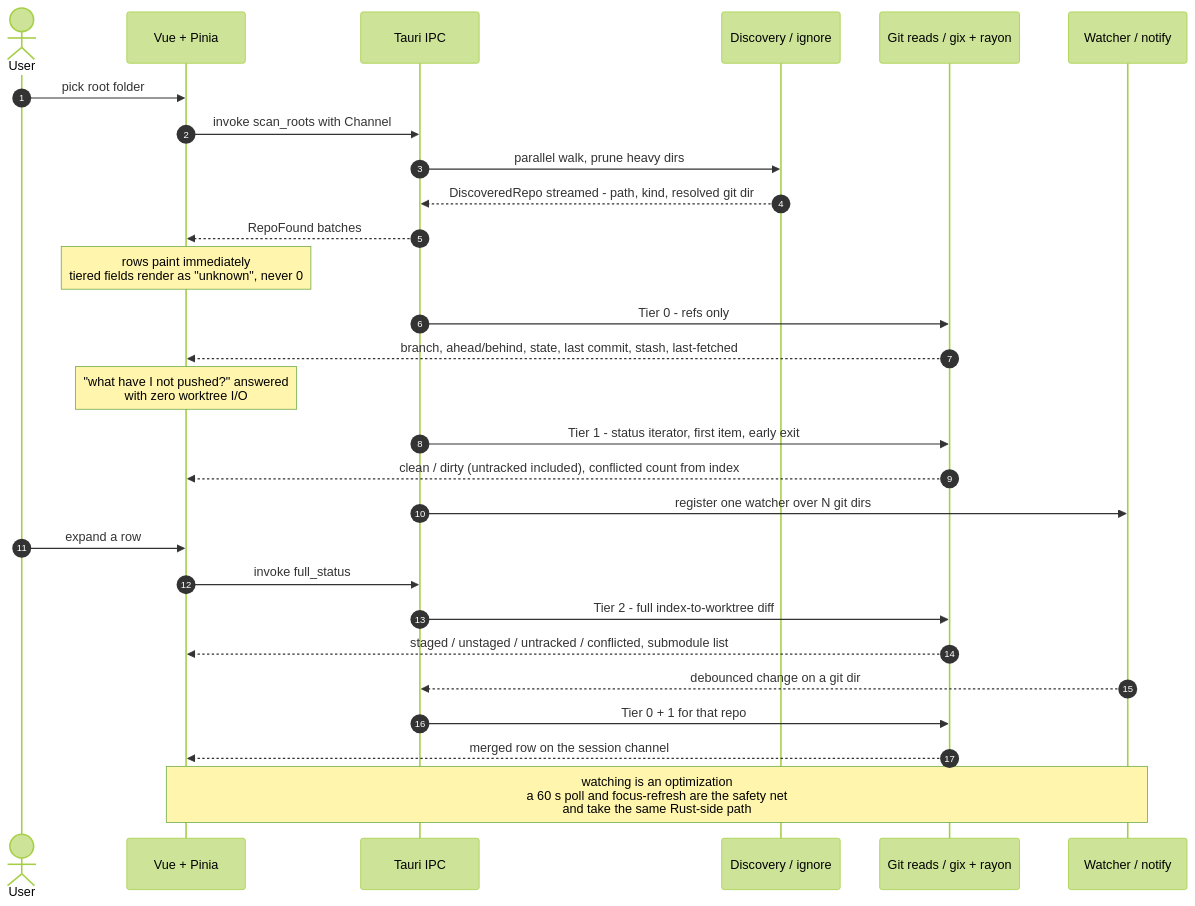
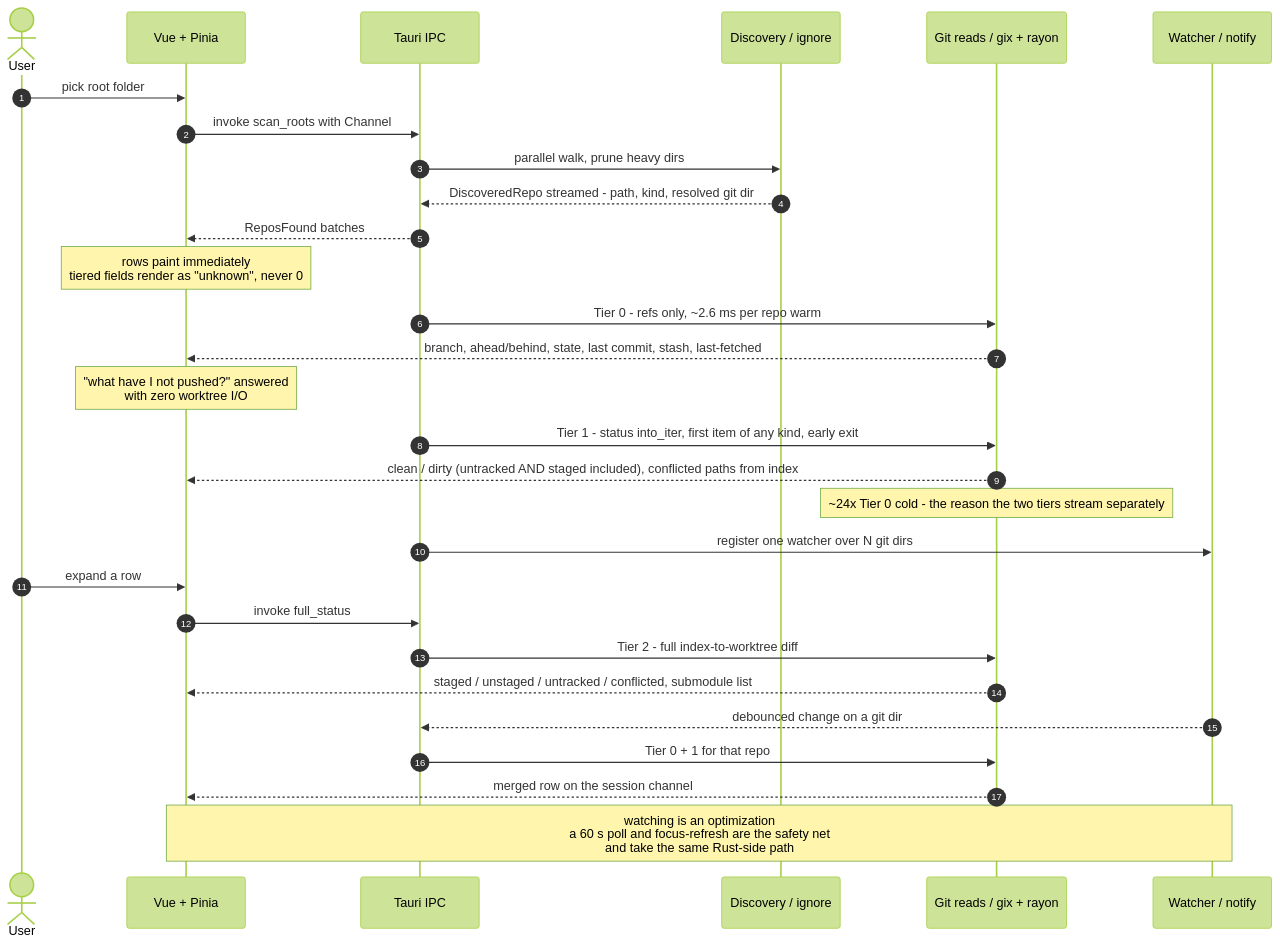
One commit to b-meyer/repo-viewer changed the diagram in AGENTS.md. Above: the diagram before and after it, drawn with Mermaid (forest theme). The commit also changed other lines of this file and 64 other files, not shown here.

````diff
--- a/AGENTS.md
+++ b/AGENTS.md
@@ -88,36 +120,37 @@
 ```mermaid
 sequenceDiagram
     autonumber
     actor U as User
     participant V as Vue + Pinia
     participant T as Tauri IPC
     participant D as Discovery / ignore
     participant G as Git reads / gix + rayon
     participant W as Watcher / notify
 
     U->>V: pick root folder
     V->>T: invoke scan_roots with Channel
     T->>D: parallel walk, prune heavy dirs
     D-->>T: DiscoveredRepo streamed - path, kind, resolved git dir
-    T-->>V: RepoFound batches
+    T-->>V: ReposFound batches
     Note over V: rows paint immediately<br/>tiered fields render as "unknown", never 0
 
-    T->>G: Tier 0 - refs only
+    T->>G: Tier 0 - refs only, ~2.6 ms per repo warm
     G-->>V: branch, ahead/behind, state, last commit, stash, last-fetched
     Note over V: "what have I not pushed?" answered<br/>with zero worktree I/O
 
-    T->>G: Tier 1 - status iterator, first item, early exit
-    G-->>V: clean / dirty (untracked included), conflicted count from index
+    T->>G: Tier 1 - status into_iter, first item of any kind, early exit
+    G-->>V: clean / dirty (untracked AND staged included), conflicted paths from index
+    Note over G: ~24x Tier 0 cold - the reason the two tiers stream separately
 
     T->>W: register one watcher over N git dirs
 
     U->>V: expand a row
     V->>T: invoke full_status
     T->>G: Tier 2 - full index-to-worktree diff
     G-->>V: staged / unstaged / untracked / conflicted, submodule list
 
     W-->>T: debounced change on a git dir
     T->>G: Tier 0 + 1 for that repo
     G-->>V: merged row on the session channel
     Note over V,W: watching is an optimization<br/>a 60 s poll and focus-refresh are the safety net<br/>and take the same Rust-side path
 ```
````
